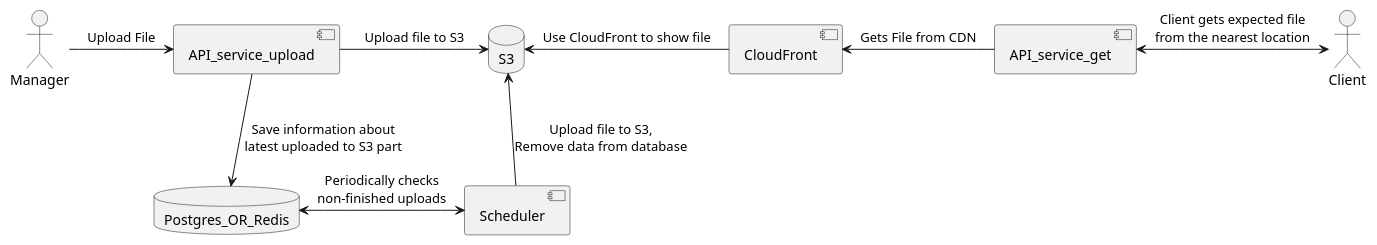
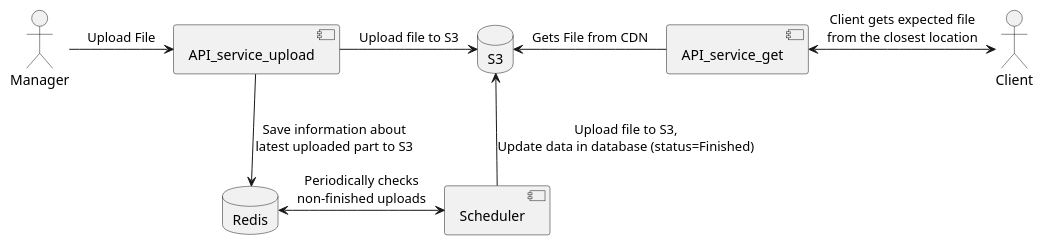
One commit to dkarpele/graduate_work changed the diagram in architecture/C1.puml. Above: the diagram before and after it, drawn with PlantUML. The commit also changed 3 other files, not shown here.

```diff
--- a/architecture/C1.puml
+++ b/architecture/C1.puml
@@ -1,24 +1,23 @@
 @startuml
 skinparam componentStyle uml2
 
 actor Manager
 actor Client
 component API_service_upload
 component API_service_get
 database S3
-component CloudFront
-database Postgres_OR_Redis
+
+database Redis
 component Scheduler
 
 
 Manager -right-> API_service_upload: Upload File
 
 API_service_upload -right-> S3: Upload file to S3
-S3 <-right- CloudFront: Use CloudFront to show file
-CloudFront <-right- API_service_get: Gets File from CDN
-API_service_get <-right-> Client: Client gets expected file\nfrom the nearest location
-API_service_upload -down-> Postgres_OR_Redis: Save information about\nlatest uploaded to S3 part
-Scheduler <-left-> Postgres_OR_Redis: Periodically checks\nnon-finished uploads
-Scheduler -up-> S3: Upload file to S3,\nRemove data from database
+S3 <-right- API_service_get: Gets File from CDN
+API_service_get <-right-> Client: Client gets expected file\nfrom the closest location
+API_service_upload -down-> Redis: Save information about\nlatest uploaded part to S3
+Scheduler <-left-> Redis: Periodically checks\nnon-finished uploads
+Scheduler -up-> S3: Upload file to S3,\nUpdate data in database (status=Finished)
 
 @enduml
```
